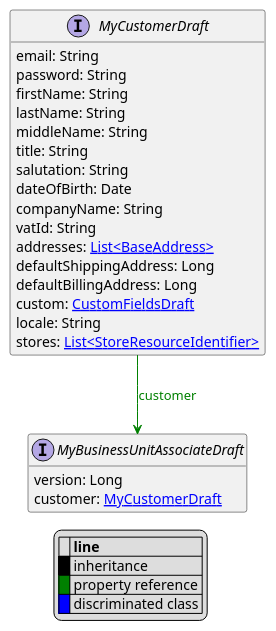
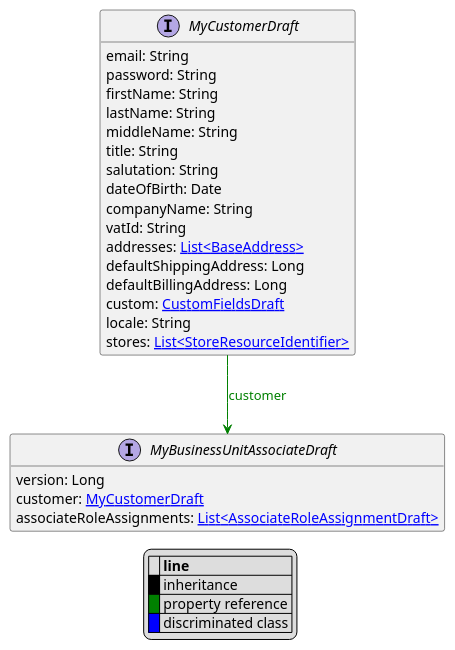
One commit to commercetools/commercetools-api-reference changed the diagram in uml/api/MyCustomerDraft.puml. Above: the diagram before and after it, drawn with PlantUML. The commit also changed 6 other files, not shown here.

```diff
--- a/uml/api/MyCustomerDraft.puml
+++ b/uml/api/MyCustomerDraft.puml
@@ -1,38 +1,39 @@
 @startuml
 
 hide empty fields
 hide empty methods
 legend
 |= |= line |
 |<back:black>   </back>| inheritance |
 |<back:green>   </back>| property reference |
 |<back:blue>   </back>| discriminated class |
 endlegend
 interface MyCustomerDraft [[MyCustomerDraft.svg]]  {
     email: String
     password: String
     firstName: String
     lastName: String
     middleName: String
     title: String
     salutation: String
     dateOfBirth: Date
     companyName: String
     vatId: String
     addresses: [[BaseAddress.svg List<BaseAddress>]]
     defaultShippingAddress: Long
     defaultBillingAddress: Long
     custom: [[CustomFieldsDraft.svg CustomFieldsDraft]]
     locale: String
     stores: [[StoreResourceIdentifier.svg List<StoreResourceIdentifier>]]
 }
 
 
 
 interface MyBusinessUnitAssociateDraft [[MyBusinessUnitAssociateDraft.svg]]  {
     version: Long
     customer: [[MyCustomerDraft.svg MyCustomerDraft]]
+    associateRoleAssignments: [[AssociateRoleAssignmentDraft.svg List<AssociateRoleAssignmentDraft>]]
 }
 
 MyCustomerDraft --> MyBusinessUnitAssociateDraft #green;text:green : "customer"
 @enduml
```
